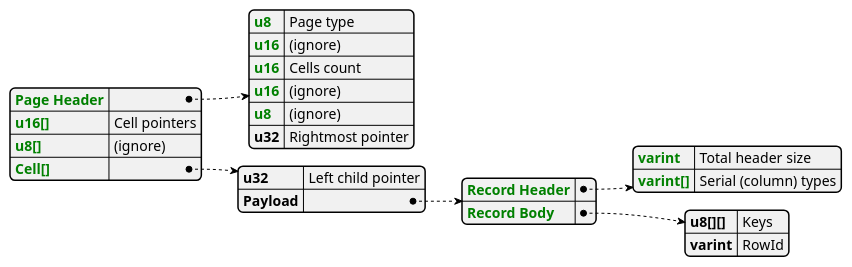
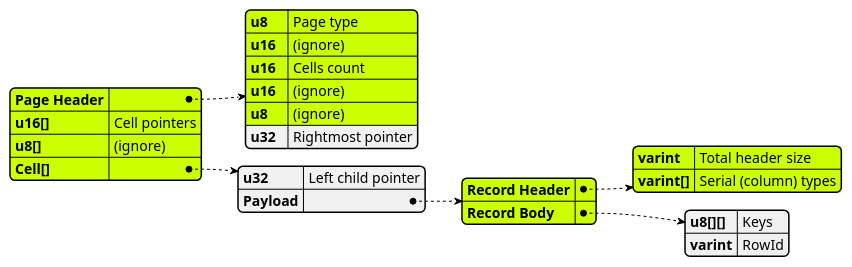
The fourth of 10 diagrams in topics/plant_uml.md (64kramsystem/personal_notes), drawn with PlantUML before and after one commit. The commit also changed other lines of this file and 1 other file, not shown here.

````diff
--- a/topics/plant_uml.md
+++ b/topics/plant_uml.md
@@ -62,39 +127,50 @@
 ```plantuml
 ' It seems that `title`, `caption` and so on have no effect (likely because it's formally not UML).
 '
 ' Can use `\\n` to display on multiple lines.
 '
 @startjson
-' Can annotate with the following, but won't work in this case, since this is a hack because of the
-' multiple keys:
-'
-' #highlight "u8[]"
-'
+' See the next chapter for styling notes.
+#highlight "Page Header"
+#highlight "u16[]"
+#highlight "u8[]"
+#highlight "Cell[]"
+
+#highlight "Page Header" / "u8"
+#highlight "Page Header" / "u16"
+#highlight "Page Header" / "u16 "
+#highlight "Page Header" / "u16  "
+#highlight "Page Header" / "u8"
+
+#highlight "Cell[]" / "Payload" / "Record Header"
+#highlight "Cell[]" / "Payload" / "Record Header" / "varint"
+#highlight "Cell[]" / "Payload" / "Record Header" / "varint[]"
+
+#highlight "Cell[]" / "Payload" / "Record Body"
 {
-   "<color:green>Page Header": {
-     ' Styling (color) here. In this case, we display the shared elements across all page types.
-     "<color:green>u8":  "Page type",
-     "<color:green>u16": "(ignore)",
-     "<color:green>u16": "Cells count",
-     "<color:green>u16": "(ignore)",
-     "<color:green>u8":  "(ignore)",
-     "u32":              "Rightmost pointer"
+   "Page Header": {
+     "u8":    "Page type",
+     "u16":   "(ignore)",
+     "u16 ":  "Cells count",
+     "u16  ": "(ignore)",
+     "u8":    "(ignore)",
+     "u32":   "Rightmost pointer"
    },
-   "<color:green>u16[]":  "Cell pointers",
-   "<color:green>u8[]":   "(ignore)",
-   "<color:green>Cell[]": {
-     "u32":               "Left child pointer",
+   "u16[]":  "Cell pointers",
+   "u8[]":   "(ignore)",
+   "Cell[]": {
+     "u32":          "Left child pointer",
      "Payload": {
-       "<color:green>Record Header": {
-         "<color:green>varint":   "Total header size",
-         "<color:green>varint[]": "Serial (column) types"
+       "Record Header": {
+         "varint":   "Total header size",
+         "varint[]": "Serial (column) types"
        },
-       "<color:green>Record Body": {
+       "Record Body": {
          "u8[][]": "Keys",
-         "varint":  "RowId"
+         "varint": "RowId"
        }
      }
    }
 }
 @endjson
 ```
````
